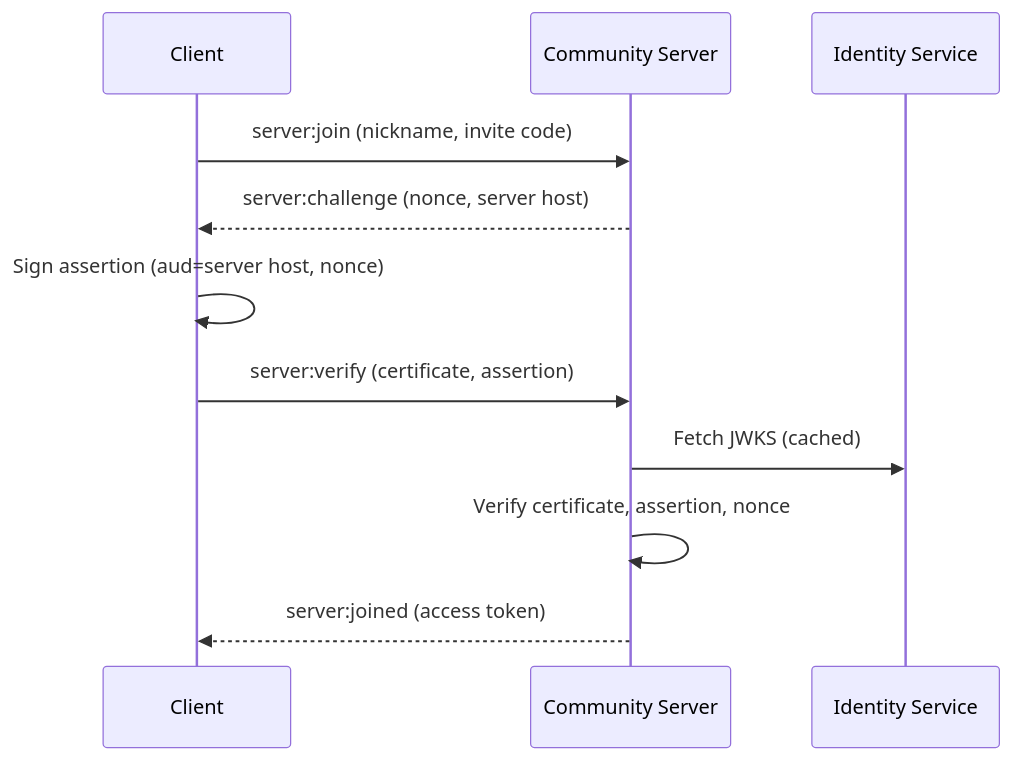
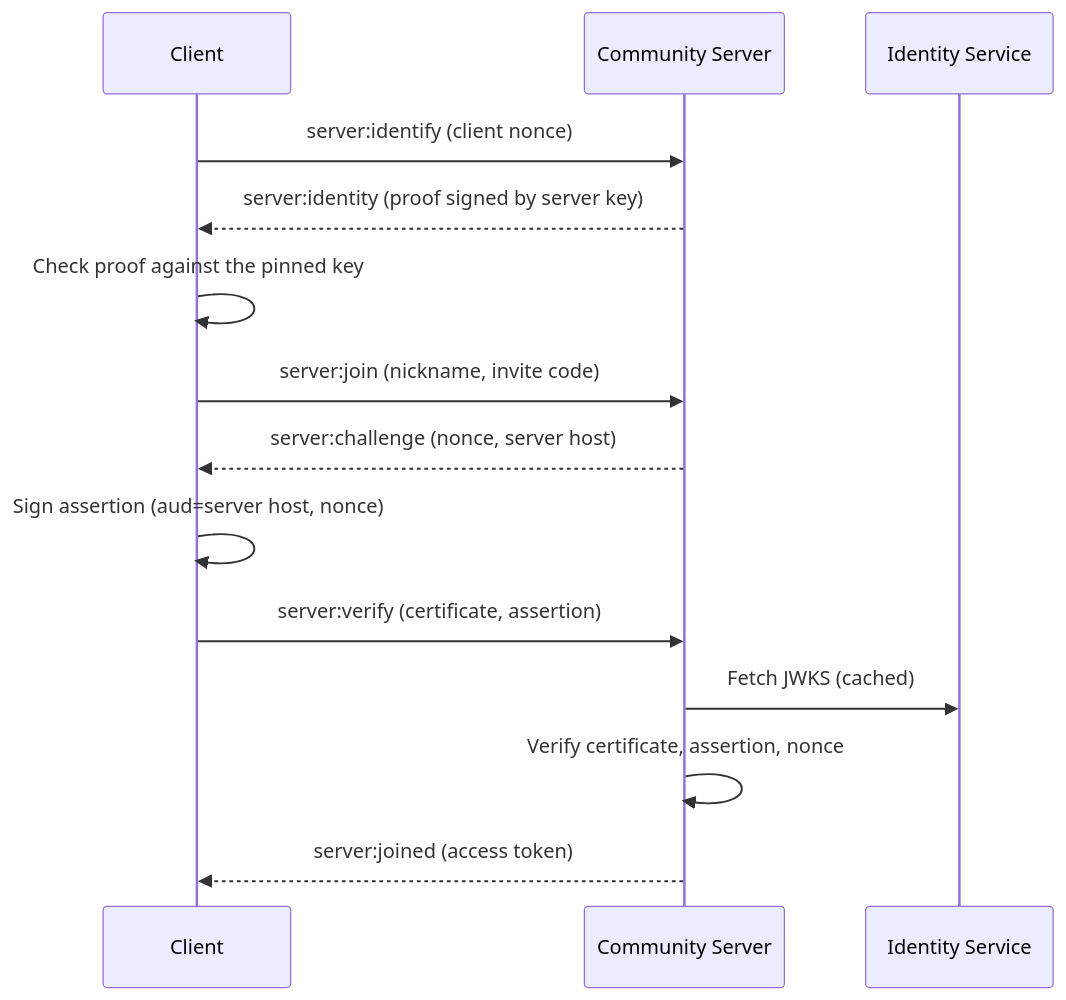
Before and after one commit to Gryt-chat/docs: the diagram in content/docs/guide/security.mdx, drawn with Mermaid. The commit also changed other lines of this file and 1 other file, not shown here.

First line of the commit message:
Document how a server proves its identity (GRYT-51)

````diff
--- a/content/docs/guide/security.mdx
+++ b/content/docs/guide/security.mdx
@@ -44,14 +44,17 @@
 ```mermaid
 sequenceDiagram
     participant C as Client
     participant S as Community Server
     participant ID as Identity Service
 
+    C->>S: server:identify (client nonce)
+    S-->>C: server:identity (proof signed by server key)
+    C->>C: Check proof against the pinned key
     C->>S: server:join (nickname, invite code)
     S-->>C: server:challenge (nonce, server host)
     C->>C: Sign assertion (aud=server host, nonce)
     C->>S: server:verify (certificate, assertion)
     S->>ID: Fetch JWKS (cached)
     S->>S: Verify certificate, assertion, nonce
     S-->>C: server:joined (access token)
 ```
````
